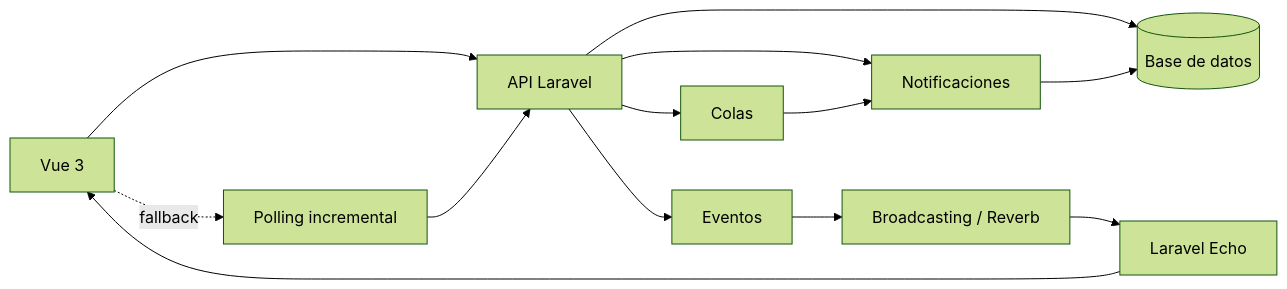
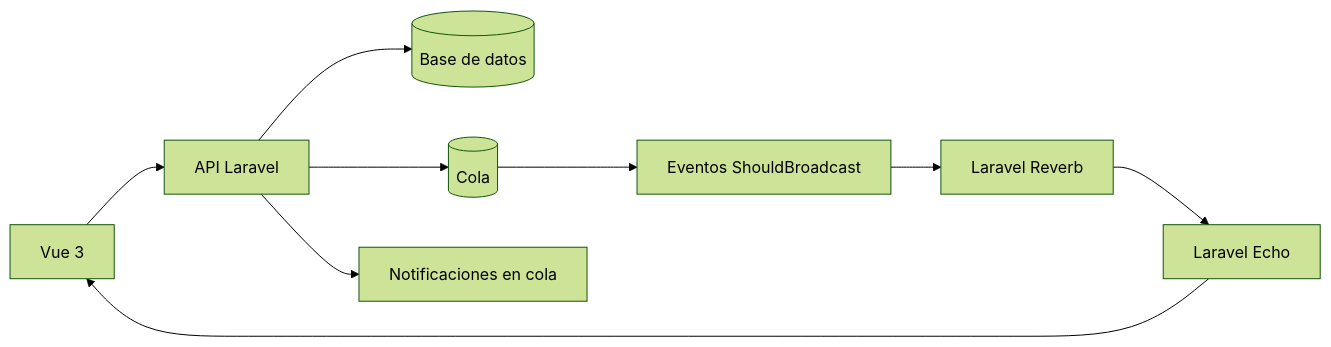
The diagram in docs/modulo-mensajeria.md (Angeloespinoza17/gestion_adm), drawn with Mermaid (forest theme) before and after one commit. The commit also changed other lines of this file and 845 other files, not shown here.

````diff
--- a/docs/modulo-mensajeria.md
+++ b/docs/modulo-mensajeria.md
@@ -7,15 +7,11 @@
 ```mermaid
 flowchart LR
     Vue[Vue 3] --> API[API Laravel]
     API --> DB[(Base de datos)]
-    API --> Events[Eventos]
-    Events --> Reverb[Broadcasting / Reverb]
+    API --> Queue[(Cola)]
+    Queue --> Events[Eventos ShouldBroadcast]
+    Events --> Reverb[Laravel Reverb]
     Reverb --> Echo[Laravel Echo]
     Echo --> Vue
-    API --> Notifications[Notificaciones]
-    Notifications --> DB
-    API --> Queue[Colas]
-    Queue --> Notifications
-    Vue -. fallback .-> Poll[Polling incremental]
-    Poll --> API
+    API --> Notifications[Notificaciones en cola]
 ```
````
